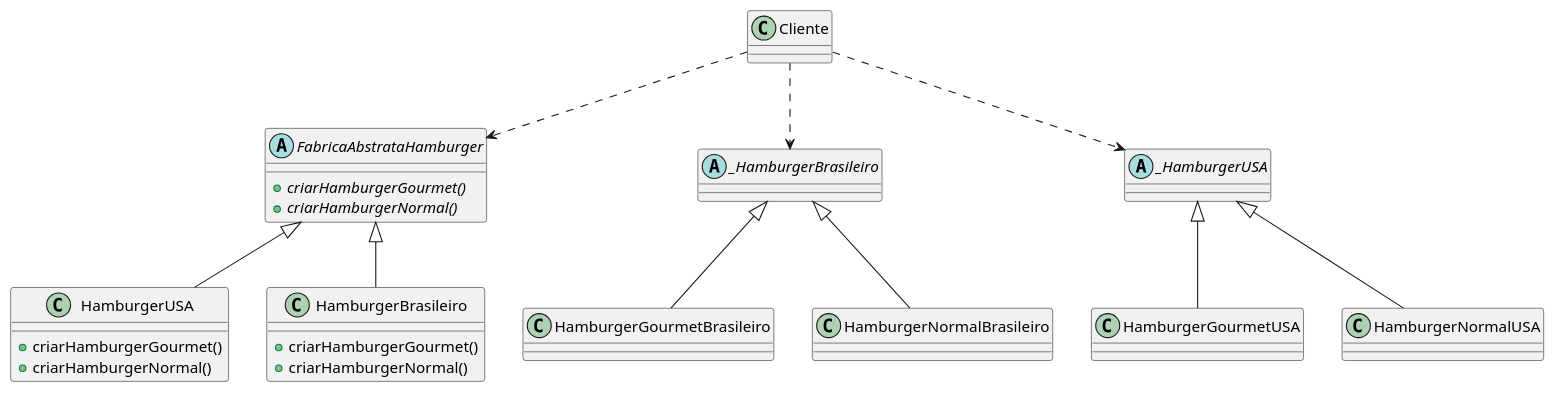
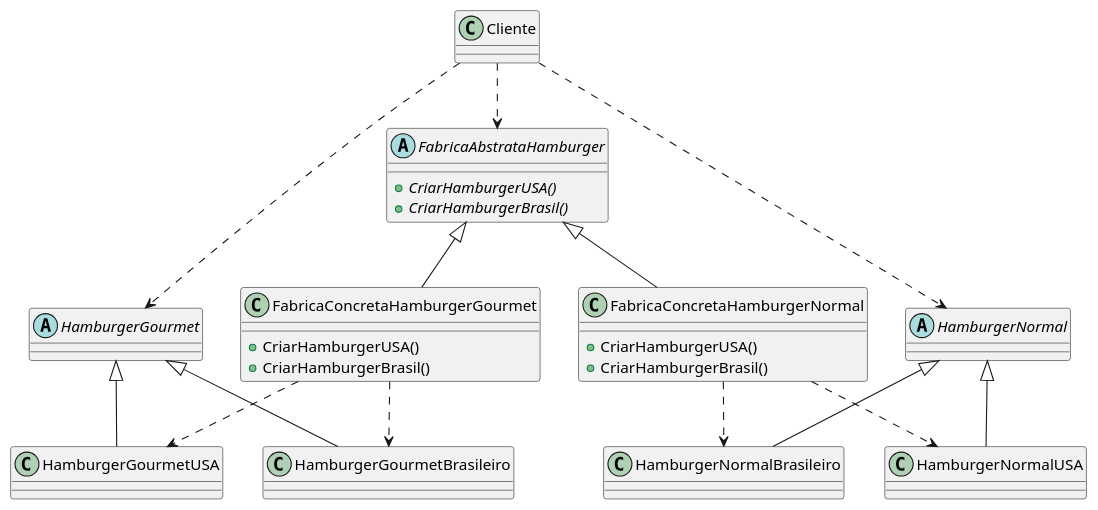
Before and after one commit to leandro-costa/blog-material-aula-template: the third of 3 diagrams in posts/06_Abstract_Factory.md, drawn with PlantUML. The commit also changed other lines of this file, not shown here.

````diff
--- a/posts/06_Abstract_Factory.md
+++ b/posts/06_Abstract_Factory.md
@@ -453,32 +473,39 @@
 ```plantuml
-@startuml _03
+@startuml
 abstract class FabricaAbstrataHamburger{
-    +{abstract}criarHamburgerGourmet()
-    +{abstract}criarHamburgerNormal()
+    +{abstract}CriarHamburgerUSA()
+    +{abstract}CriarHamburgerBrasil()
  }
 
- class HamburgerUSA extends FabricaAbstrataHamburger{
-    +criarHamburgerGourmet()
-    +criarHamburgerNormal()
+ class FabricaConcretaHamburgerGourmet extends FabricaAbstrataHamburger{
+    +CriarHamburgerUSA()
+    +CriarHamburgerBrasil()
  }
 
- class HamburgerBrasileiro extends FabricaAbstrataHamburger{
-    +criarHamburgerGourmet()
-    +criarHamburgerNormal()
+ class FabricaConcretaHamburgerNormal extends FabricaAbstrataHamburger{
+    +CriarHamburgerUSA()
+    +CriarHamburgerBrasil()
  }
 
-Cliente ..> _HamburgerBrasileiro
-Cliente ..> _HamburgerUSA
-Cliente ..> FabricaAbstrataHamburger
+ abstract class HamburgerNormal
 
-abstract class _HamburgerBrasileiro{}
-class HamburgerGourmetBrasileiro extends _HamburgerBrasileiro{}
-class HamburgerNormalBrasileiro extends _HamburgerBrasileiro{}
+ class HamburgerNormalBrasileiro  extends HamburgerNormal{}
+ class HamburgerNormalUSA  extends HamburgerNormal{}
 
-abstract class _HamburgerUSA{}
-class HamburgerGourmetUSA extends _HamburgerUSA{}
-class HamburgerNormalUSA extends _HamburgerUSA{}
+ abstract class HamburgerGourmet
 
+ class HamburgerGourmetUSA extends HamburgerGourmet{}
+ class HamburgerGourmetBrasileiro extends HamburgerGourmet{}
+
+ Cliente..>FabricaAbstrataHamburger
+ Cliente..>HamburgerNormal
+ Cliente..>HamburgerGourmet
+
+ FabricaConcretaHamburgerNormal..>HamburgerNormalBrasileiro
+ FabricaConcretaHamburgerNormal..>HamburgerNormalUSA
+
+ FabricaConcretaHamburgerGourmet..>HamburgerGourmetBrasileiro
+ FabricaConcretaHamburgerGourmet..>HamburgerGourmetUSA
 @enduml
 
 ```
````
